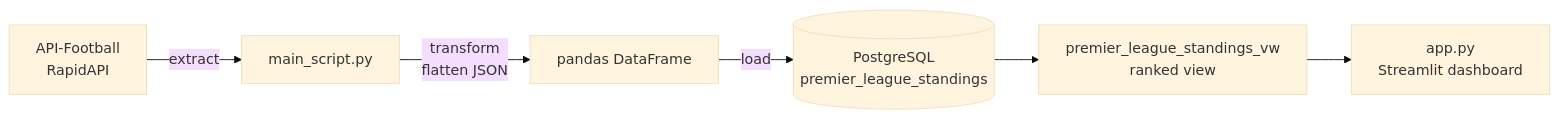
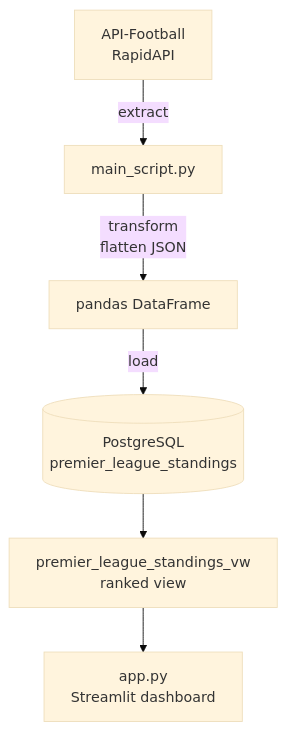
Before and after one commit to jadesola98/Data-pipeline-with-Python-and-SQL: the diagram in README.md, drawn with Mermaid (base theme).

````diff
--- a/README.md
+++ b/README.md
@@ -11,8 +11,8 @@
 ```mermaid
-flowchart LR
+flowchart TB
     A[API-Football<br/>RapidAPI] -- extract --> B[main_script.py]
     B -- transform<br/>flatten JSON --> C[pandas DataFrame]
     C -- load --> D[(PostgreSQL<br/>premier_league_standings)]
     D --> E[premier_league_standings_vw<br/>ranked view]
     E --> F[app.py<br/>Streamlit dashboard]
 ```
````
